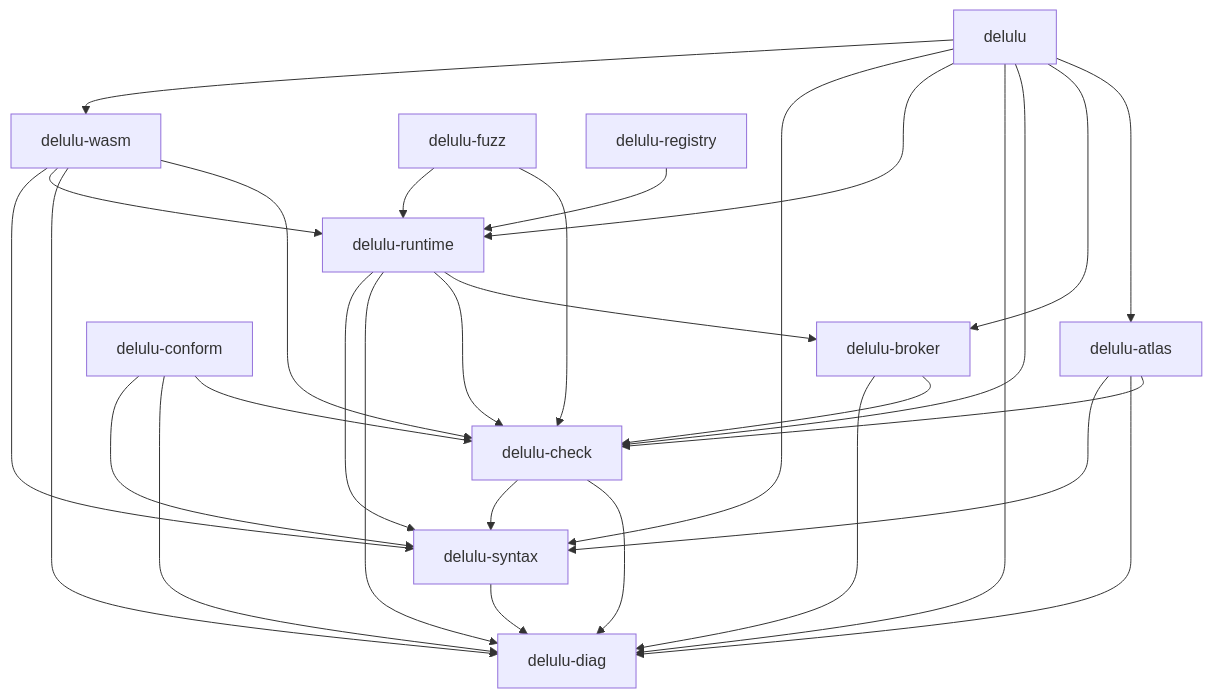
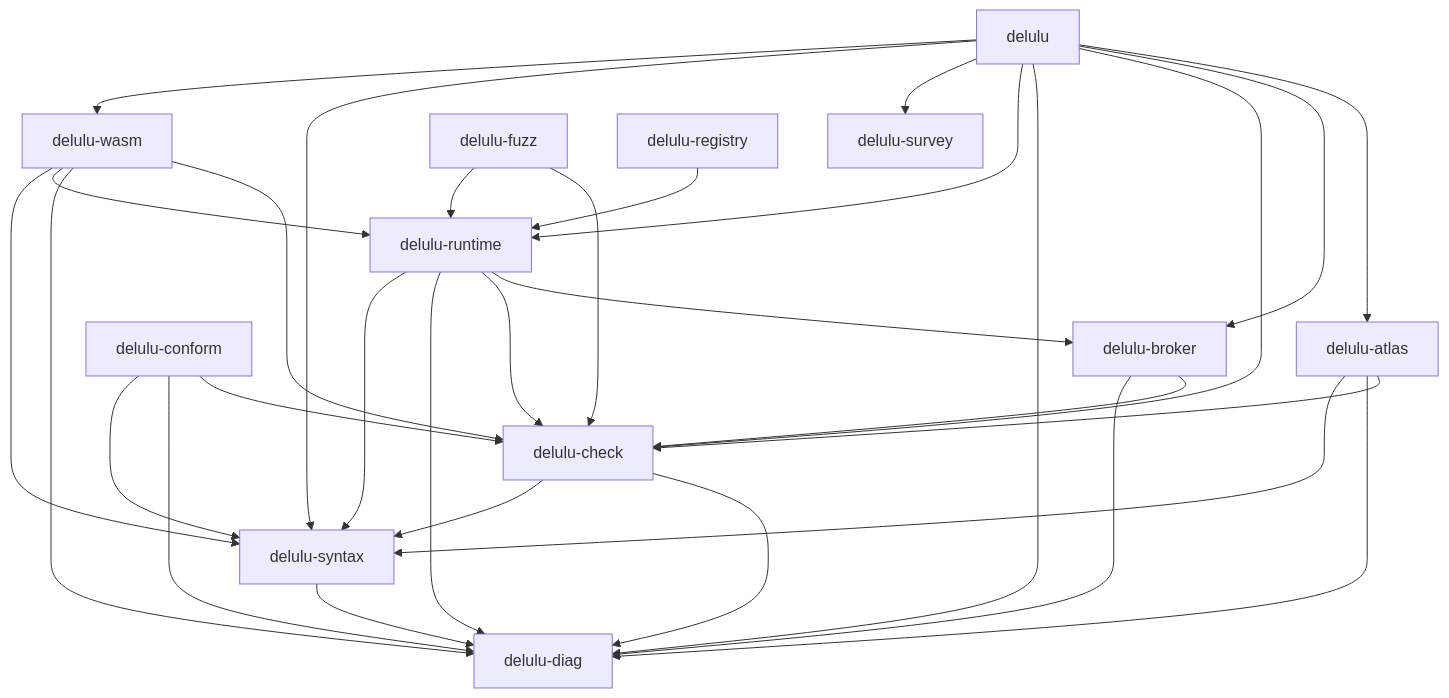
One commit to jessesuniljs1-collab/delululang-test changed the diagram in docs/survey/SURVEY.md. Above: the diagram before and after it, drawn with Mermaid. The commit also changed other lines of this file and 22 other files, not shown here.

````diff
--- a/docs/survey/SURVEY.md
+++ b/docs/survey/SURVEY.md
@@ -45,32 +45,33 @@
 ```mermaid
 graph TD
   delulu["delulu"] --> delulu_atlas["delulu-atlas"]
   delulu["delulu"] --> delulu_broker["delulu-broker"]
   delulu["delulu"] --> delulu_check["delulu-check"]
   delulu["delulu"] --> delulu_diag["delulu-diag"]
   delulu["delulu"] --> delulu_runtime["delulu-runtime"]
+  delulu["delulu"] --> delulu_survey["delulu-survey"]
   delulu["delulu"] --> delulu_syntax["delulu-syntax"]
   delulu["delulu"] --> delulu_wasm["delulu-wasm"]
   delulu_atlas["delulu-atlas"] --> delulu_check["delulu-check"]
   delulu_atlas["delulu-atlas"] --> delulu_diag["delulu-diag"]
   delulu_atlas["delulu-atlas"] --> delulu_syntax["delulu-syntax"]
   delulu_broker["delulu-broker"] --> delulu_check["delulu-check"]
   delulu_broker["delulu-broker"] --> delulu_diag["delulu-diag"]
   delulu_check["delulu-check"] --> delulu_diag["delulu-diag"]
   delulu_check["delulu-check"] --> delulu_syntax["delulu-syntax"]
   delulu_conform["delulu-conform"] --> delulu_check["delulu-check"]
   delulu_conform["delulu-conform"] --> delulu_diag["delulu-diag"]
   delulu_conform["delulu-conform"] --> delulu_syntax["delulu-syntax"]
   delulu_fuzz["delulu-fuzz"] --> delulu_check["delulu-check"]
   delulu_fuzz["delulu-fuzz"] --> delulu_runtime["delulu-runtime"]
   delulu_registry["delulu-registry"] --> delulu_runtime["delulu-runtime"]
   delulu_runtime["delulu-runtime"] --> delulu_broker["delulu-broker"]
   delulu_runtime["delulu-runtime"] --> delulu_check["delulu-check"]
   delulu_runtime["delulu-runtime"] --> delulu_diag["delulu-diag"]
   delulu_runtime["delulu-runtime"] --> delulu_syntax["delulu-syntax"]
   delulu_syntax["delulu-syntax"] --> delulu_diag["delulu-diag"]
   delulu_wasm["delulu-wasm"] --> delulu_check["delulu-check"]
   delulu_wasm["delulu-wasm"] --> delulu_diag["delulu-diag"]
   delulu_wasm["delulu-wasm"] --> delulu_runtime["delulu-runtime"]
   delulu_wasm["delulu-wasm"] --> delulu_syntax["delulu-syntax"]
 ```
````
